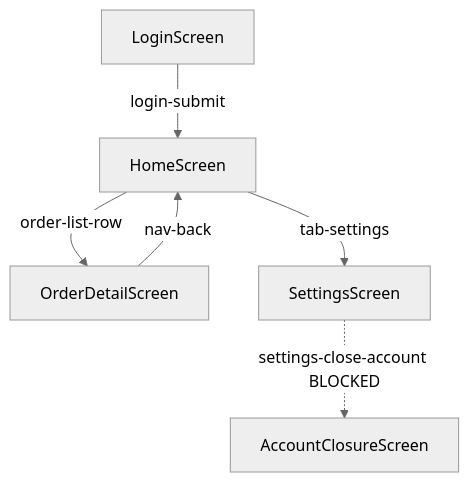
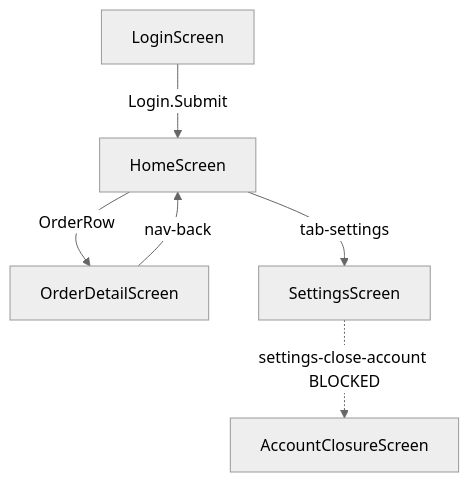
One commit to akotrulev/SkillsLibrary changed the diagram in qa/dotnet/skills/mobile-app-crawler/assets/screen-map-template.md. Above: the diagram before and after it, drawn with Mermaid (neutral theme). The commit also changed other lines of this file and 31 other files, not shown here.

````diff
--- a/qa/dotnet/skills/mobile-app-crawler/assets/screen-map-template.md
+++ b/qa/dotnet/skills/mobile-app-crawler/assets/screen-map-template.md
@@ -54,8 +54,8 @@
 ```mermaid
 graph TD
-  LoginScreen -->|login-submit| HomeScreen
-  HomeScreen -->|order-list-row| OrderDetailScreen
+  LoginScreen -->|Login.Submit| HomeScreen
+  HomeScreen -->|OrderRow| OrderDetailScreen
   HomeScreen -->|tab-settings| SettingsScreen
   OrderDetailScreen -->|nav-back| HomeScreen
   SettingsScreen -.->|settings-close-account BLOCKED| AccountClosureScreen
 ```
````
